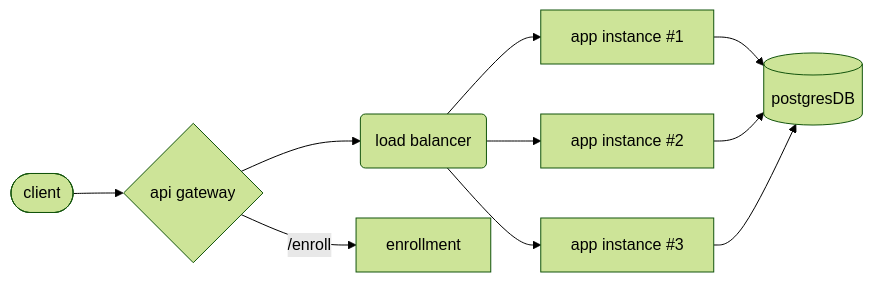
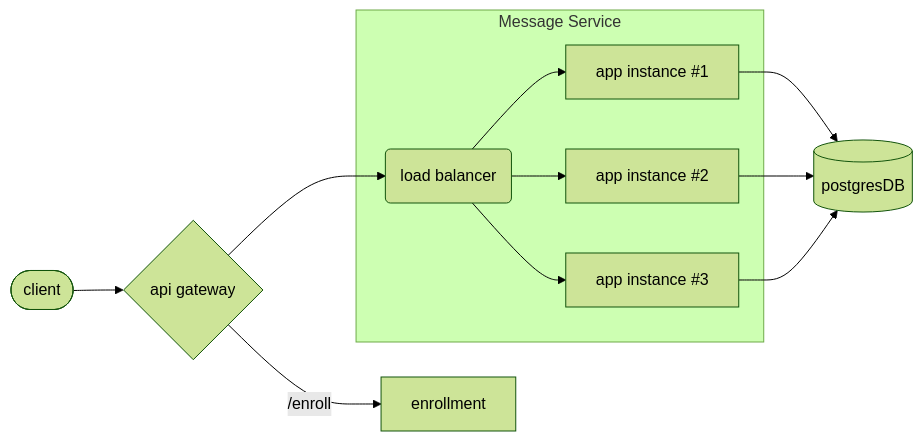
Before and after one commit to WalterEschenbach/hr-server: the diagram in diagrams/flow-chart.mmd, drawn with Mermaid (forest theme).

Commit message:
update to flowchart :

```diff
--- a/diagrams/flow-chart.mmd
+++ b/diagrams/flow-chart.mmd
@@ -1,10 +1,12 @@
 flowchart LR;
     id1([client])-->id8{api gateway};
     id8-->id2(load balancer);
     id8--/enroll-->id9[enrollment];
+    subgraph Message Service
     id2-->id4[app instance #1];
     id2-->id5[app instance #2];
     id2-->id6[app instance #3];
+    end
     id4-->id7[(postgresDB)];
     id5-->id7;
     id6-->id7;
```
